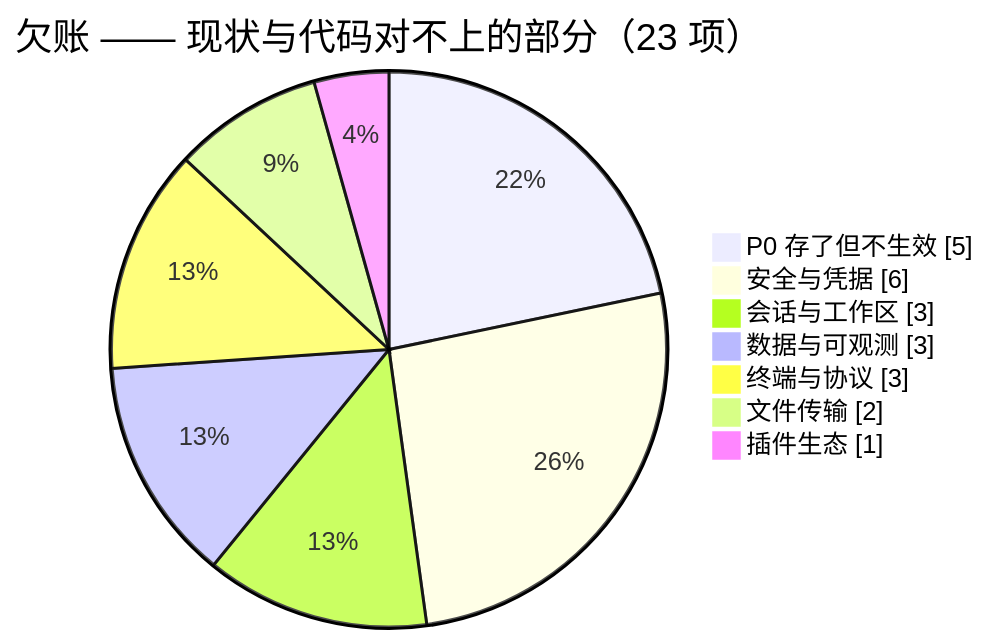
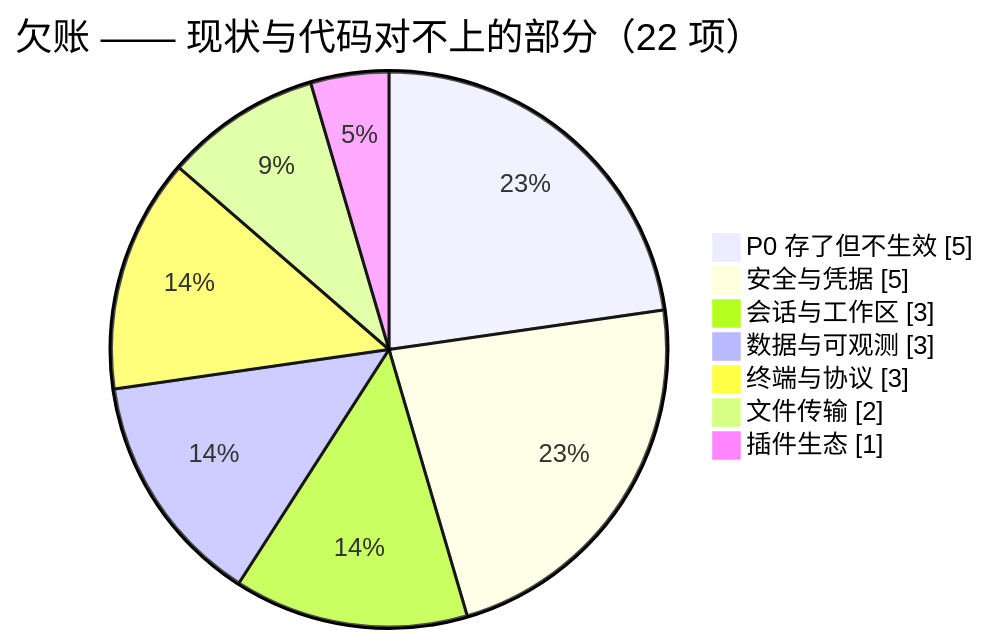
One commit to joesdu/VelaShell changed the first of 2 diagrams in feature-plan.md. Above: the diagram before and after it, drawn with Mermaid. The commit also changed other lines of this file and 1 other file, not shown here.

First line of the commit message:
完善 SSH 证书认证内容及路线图同步调整

````diff
--- a/feature-plan.md
+++ b/feature-plan.md
@@ -39,11 +39,11 @@
 ```mermaid
 pie showData
-    title 欠账 —— 现状与代码对不上的部分（23 项）
+    title 欠账 —— 现状与代码对不上的部分（22 项）
     "P0 存了但不生效" : 5
-    "安全与凭据" : 6
+    "安全与凭据" : 5
     "会话与工作区" : 3
     "数据与可观测" : 3
     "终端与协议" : 3
     "文件传输" : 2
     "插件生态" : 1
 ```
````
